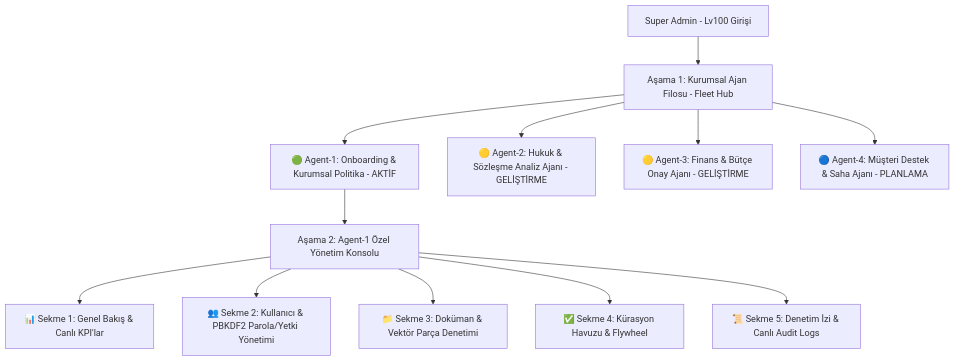
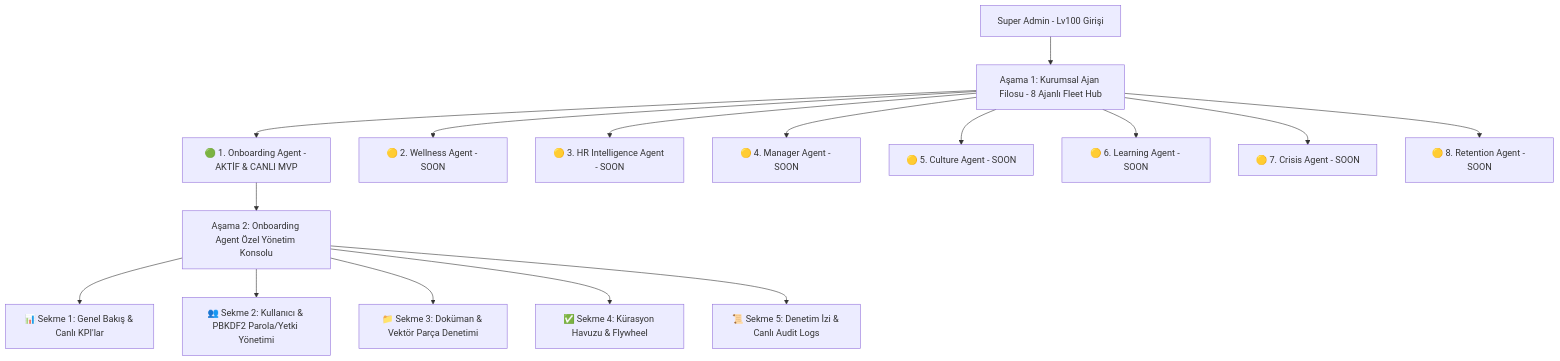
One commit to noovoy-ai/northwestern-rag-backend changed the third of 3 diagrams in README.md. Above: the diagram before and after it, drawn with Mermaid. The commit also changed other lines of this file and 2 other files, not shown here.

Commit message:
feat(fleet): configure 8 enterprise AI agents with Onboarding Agent active and 7 roadmap agents as Soon

````diff
--- a/README.md
+++ b/README.md
@@ -413,16 +413,20 @@
 ```mermaid
 graph TD
-    A[Super Admin - Lv100 Girişi] --> B[Aşama 1: Kurumsal Ajan Filosu - Fleet Hub]
+    A[Super Admin - Lv100 Girişi] --> B[Aşama 1: Kurumsal Ajan Filosu - 8 Ajanlı Fleet Hub]
     
-    B --> C1[🟢 Agent-1: Onboarding & Kurumsal Politika - AKTİF]
-    B --> C2[🟡 Agent-2: Hukuk & Sözleşme Analiz Ajanı - GELİŞTİRME]
-    B --> C3[🟡 Agent-3: Finans & Bütçe Onay Ajanı - GELİŞTİRME]
-    B --> C4[🔵 Agent-4: Müşteri Destek & Saha Ajanı - PLANLAMA]
+    B --> C1[🟢 1. Onboarding Agent - AKTİF & CANLI MVP]
+    B --> C2[🟡 2. Wellness Agent - SOON]
+    B --> C3[🟡 3. HR Intelligence Agent - SOON]
+    B --> C4[🟡 4. Manager Agent - SOON]
+    B --> C5[🟡 5. Culture Agent - SOON]
+    B --> C6[🟡 6. Learning Agent - SOON]
+    B --> C7[🟡 7. Crisis Agent - SOON]
+    B --> C8[🟡 8. Retention Agent - SOON]
     
-    C1 --> D[Aşama 2: Agent-1 Özel Yönetim Konsolu]
+    C1 --> D[Aşama 2: Onboarding Agent Özel Yönetim Konsolu]
     D --> E1[📊 Sekme 1: Genel Bakış & Canlı KPI'lar]
     D --> E2[👥 Sekme 2: Kullanıcı & PBKDF2 Parola/Yetki Yönetimi]
     D --> E3[📁 Sekme 3: Doküman & Vektör Parça Denetimi]
     D --> E4[✅ Sekme 4: Kürasyon Havuzu & Flywheel]
     D --> E5[📜 Sekme 5: Denetim İzi & Canlı Audit Logs]
 ```
````
